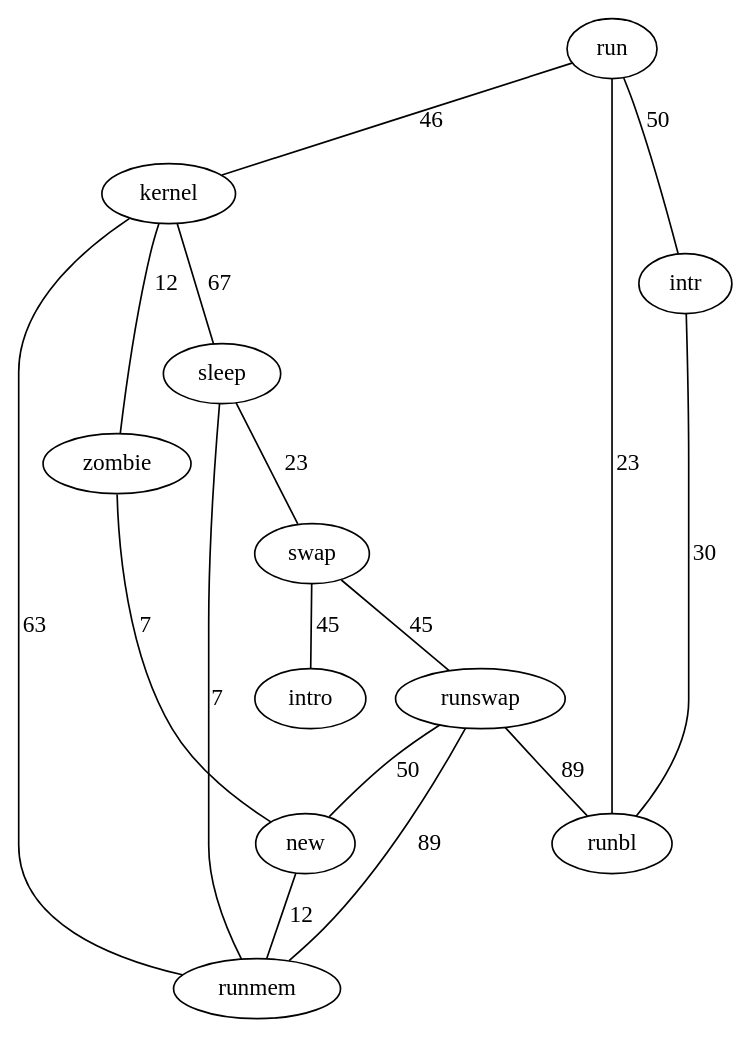
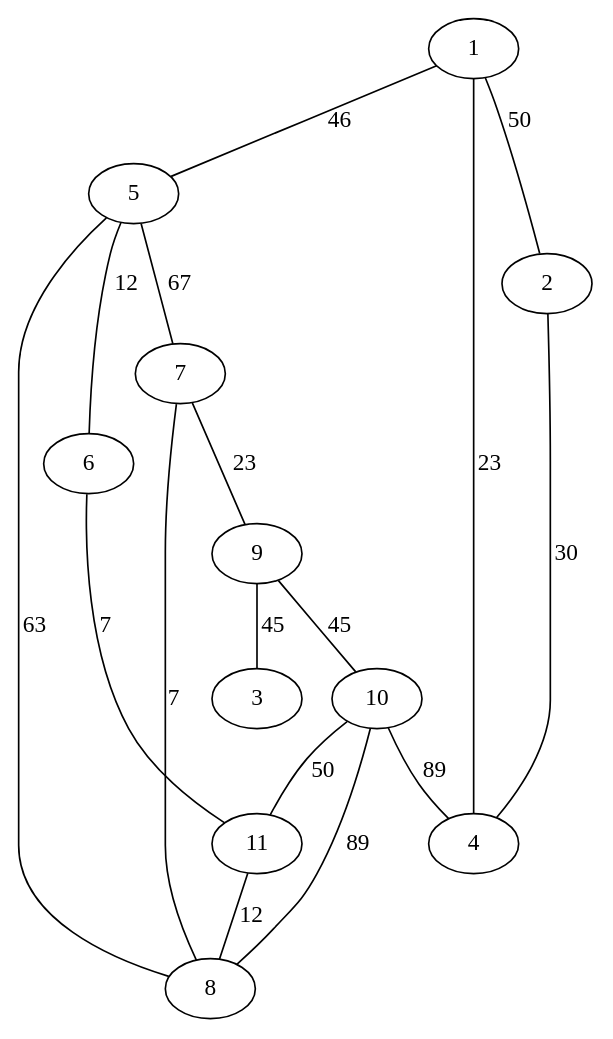
One commit to pradiphatwar123/M-Tech-Project changed the diagram in Input_File.gv. Above: the diagram before and after it, drawn with Graphviz.

```diff
--- a/Input_File.gv
+++ b/Input_File.gv
@@ -1,31 +1,31 @@
 graph G {
 // nodes
-run;
-intr;
-intro;
-runbl;
-kernel;
-zombie;
-sleep;
-runmem;
-swap;
-runswap;
-new;
+1;
+2;
+3;
+4;
+5;
+6;
+7;
+8;
+9;
+10;
+11;
 // edges
-run -- intr [label="50"];
-intr -- runbl [label="30"];
-runbl -- run [label="23"];
-run -- kernel [label="46"];
-kernel -- zombie [label="12"];
-kernel -- sleep [label="67"];
-kernel -- runmem [label="63"];
-sleep -- swap [label="23"];
-swap -- runswap [label="45"];
-swap -- intro [label="45"];
-runswap -- new [label="50"];
-runswap -- runmem [label="89"];
-runswap -- runbl [label="89"];
-new -- runmem [label="12"]; 
-sleep -- runmem [label="7"];
-zombie -- new [label="7"];
+1 -- 2 [label="50"];
+2 -- 4 [label="30"];
+4 -- 1 [label="23"];
+1 -- 5 [label="46"];
+5 -- 6 [label="12"];
+5 -- 7 [label="67"];
+5 -- 8 [label="63"];
+7 -- 9 [label="23"];
+9 -- 10 [label="45"];
+9 -- 3 [label="45"];
+10 -- 11 [label="50"];
+10 -- 8 [label="89"];
+10 -- 4 [label="89"];
+11 -- 8 [label="12"]; 
+7 -- 8 [label="7"];
+6 -- 11 [label="7"];
 }
```
